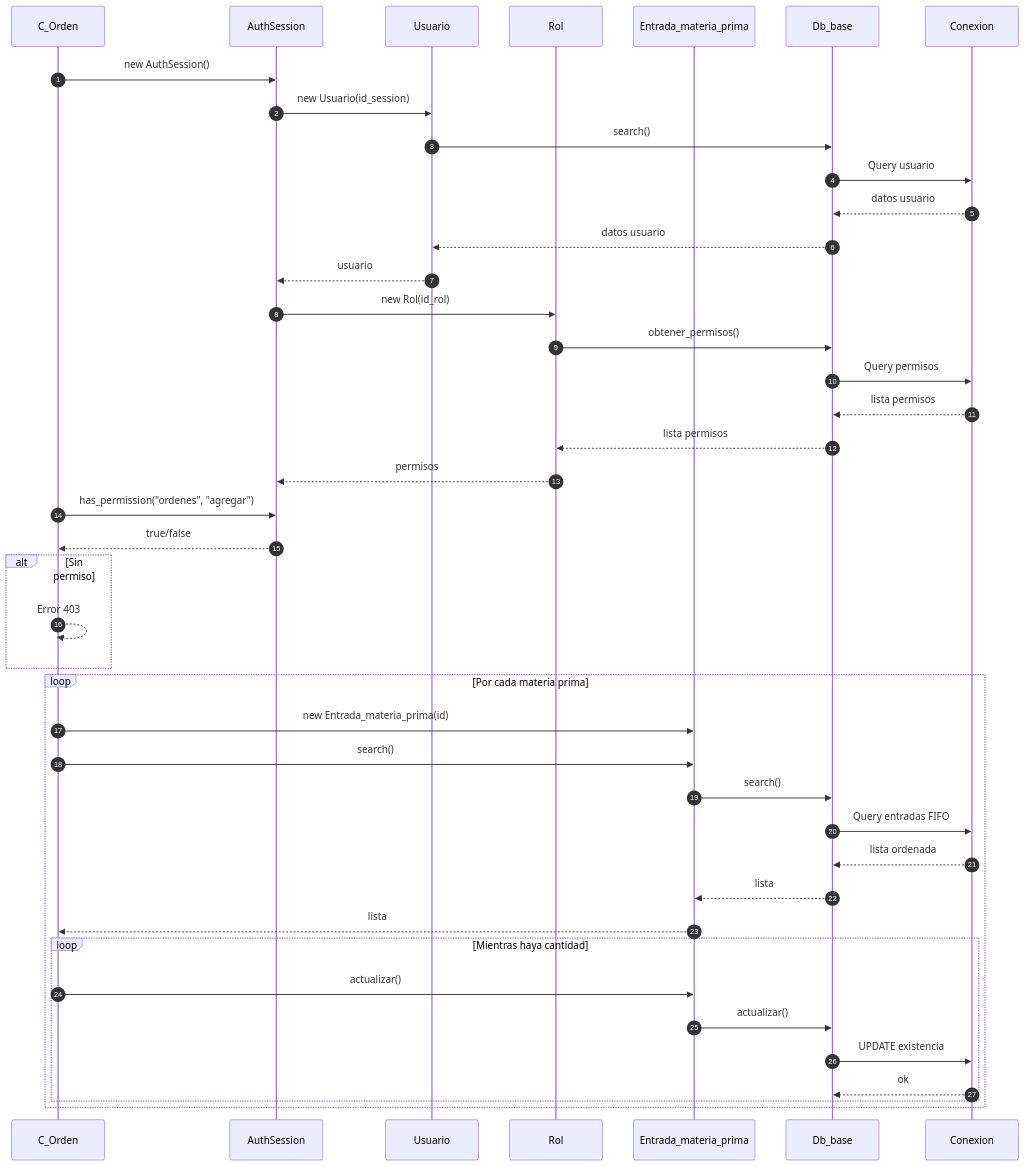
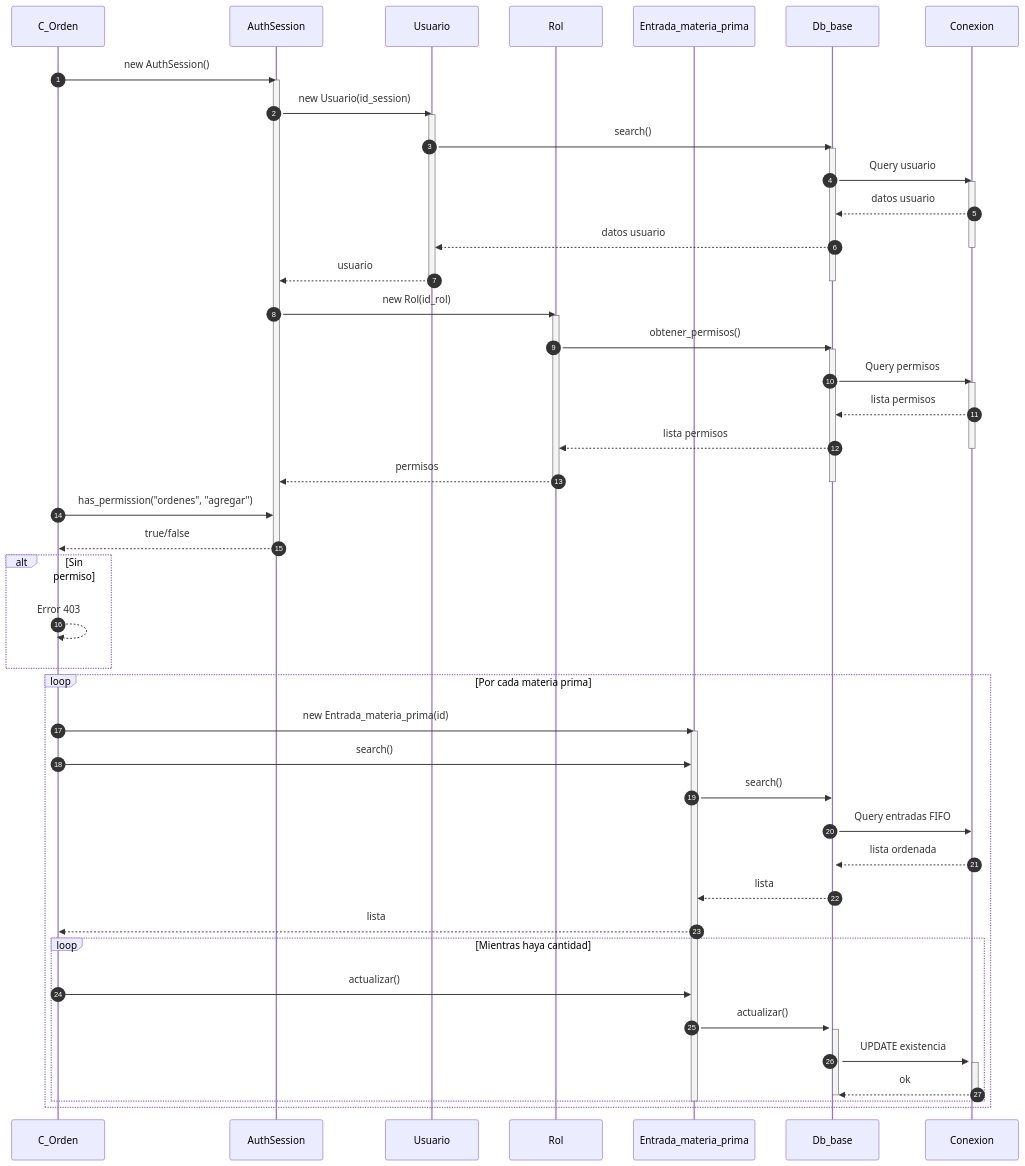
Before and after one commit to Tecrato/BurgerHouse: the fifth of 5 diagrams in docs/secuencia/materia_prima/materia_prima.md, drawn with Mermaid. The commit also changed other lines of this file and 16 other files, not shown here.

First line of the commit message:
Annotate mermaid sequences & throttle generator

````diff
--- a/docs/secuencia/materia_prima/materia_prima.md
+++ b/docs/secuencia/materia_prima/materia_prima.md
@@ -185,50 +287,72 @@
 ```mermaid
 sequenceDiagram
     autonumber
     participant C_Orden as C_Orden
     participant AuthSession as AuthSession
     participant Usuario as Usuario
     participant Rol as Rol
     participant Entrada_mp as Entrada_materia_prima
     participant Db_base as Db_base
     participant Conexion as Conexion
     
     C_Orden->>AuthSession: new AuthSession()
+    activate AuthSession
     AuthSession->>Usuario: new Usuario(id_session)
+    activate Usuario
     Usuario->>Db_base: search()
+    activate Db_base
     Db_base->>Conexion: Query usuario
+    activate Conexion
     Conexion-->>Db_base: datos usuario
     Db_base-->>Usuario: datos usuario
+    deactivate Conexion
     Usuario-->>AuthSession: usuario
+    deactivate Usuario
+    deactivate Db_base
     
     AuthSession->>Rol: new Rol(id_rol)
+    activate Rol
     Rol->>Db_base: obtener_permisos()
+    activate Db_base
     Db_base->>Conexion: Query permisos
+    activate Conexion
     Conexion-->>Db_base: lista permisos
     Db_base-->>Rol: lista permisos
+    deactivate Conexion
     Rol-->>AuthSession: permisos
+    deactivate Rol
+    deactivate Db_base
     
     C_Orden->>AuthSession: has_permission("ordenes", "agregar")
     AuthSession-->>C_Orden: true/false
+    deactivate AuthSession
     
     alt Sin permiso
         C_Orden-->>C_Orden: Error 403
     end
     
     loop Por cada materia prima
         C_Orden->>Entrada_mp: new Entrada_materia_prima(id)
+        activate Entrada_mp
         C_Orden->>Entrada_mp: search()
         Entrada_mp->>Db_base: search()
+        activate Db_base
         Db_base->>Conexion: Query entradas FIFO
+        activate Conexion
         Conexion-->>Db_base: lista ordenada
         Db_base-->>Entrada_mp: lista
         Entrada_mp-->>C_Orden: lista
         
         loop Mientras haya cantidad
             C_Orden->>Entrada_mp: actualizar()
             Entrada_mp->>Db_base: actualizar()
+            activate Db_base
             Db_base->>Conexion: UPDATE existencia
+            activate Conexion
             Conexion-->>Db_base: ok
+            deactivate Conexion
+            deactivate Db_base
         end
+        deactivate Entrada_mp
     end
 ```
````
